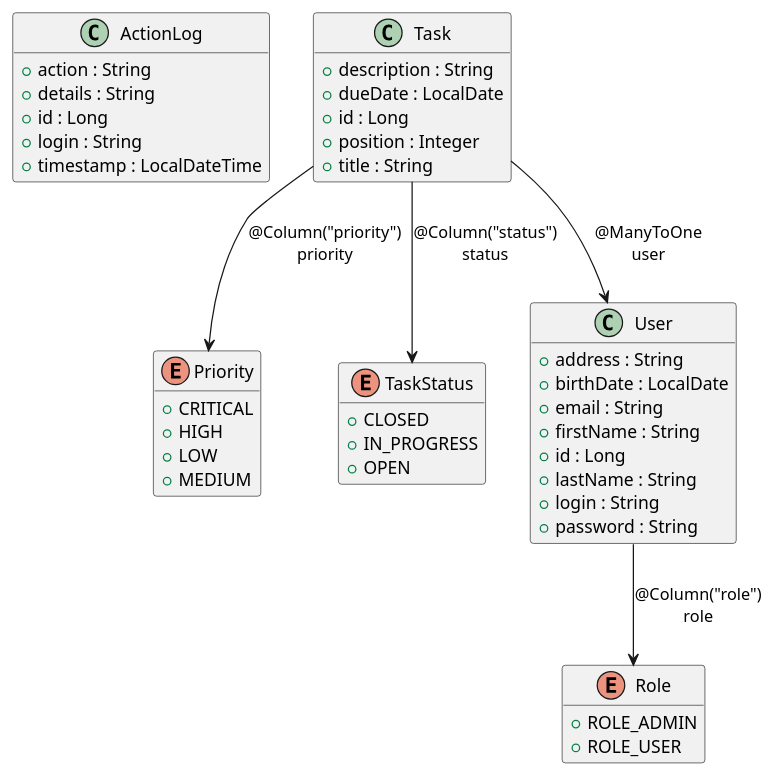
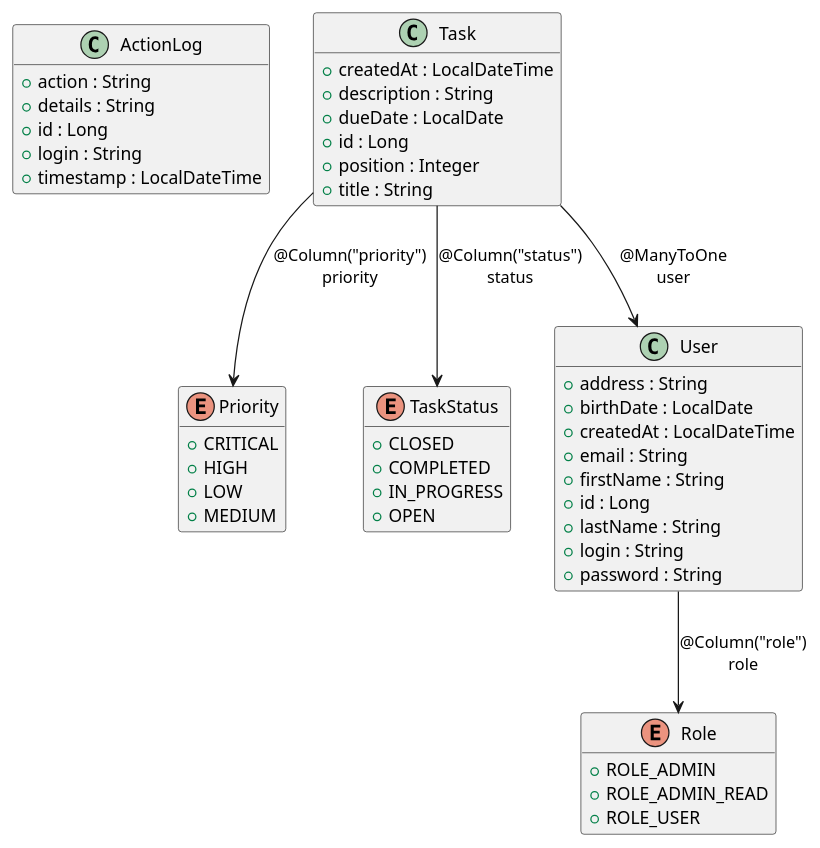
One commit to JuergGood/angularai changed the diagram in doc/ai/db/erd.puml. Above: the diagram before and after it, drawn with PlantUML. The commit also changed 38 other files, not shown here.

```diff
--- a/doc/ai/db/erd.puml
+++ b/doc/ai/db/erd.puml
@@ -1,63 +1,69 @@
 @startuml
 
 class ActionLog {
 	{field} +action : String
 	{field} +details : String
 	{field} +id : Long
 	{field} +login : String
 	{field} +timestamp : LocalDateTime
 }
 
 
 enum Priority {
 	{field} +CRITICAL
 	{field} +HIGH
 	{field} +LOW
 	{field} +MEDIUM
 }
 
 
 enum Role {
 	{field} +ROLE_ADMIN
+	{field} +ROLE_ADMIN_READ
 	{field} +ROLE_USER
 }
 
 
 class Task {
+	{field} +createdAt : LocalDateTime
 	{field} +description : String
 	{field} +dueDate : LocalDate
 	{field} +id : Long
 	{field} +position : Integer
 	{field} +title : String
+	{method} #onCreate () : void
 }
 
 
 enum TaskStatus {
 	{field} +CLOSED
+	{field} +COMPLETED
 	{field} +IN_PROGRESS
 	{field} +OPEN
 }
 
 
 class User {
 	{field} +address : String
 	{field} +birthDate : LocalDate
+	{field} +createdAt : LocalDateTime
 	{field} +email : String
 	{field} +firstName : String
 	{field} +id : Long
 	{field} +lastName : String
 	{field} +login : String
 	{field} +password : String
+	{method} #onCreate () : void
 }
 
 
 
 
 Task -->  Priority :  @Column("priority")\npriority
 Task -->  TaskStatus :  @Column("status")\nstatus
 Task -->  User :  @ManyToOne\nuser
 User -->  Role :  @Column("role")\nrole
 
 hide methods
 
 @enduml
```
